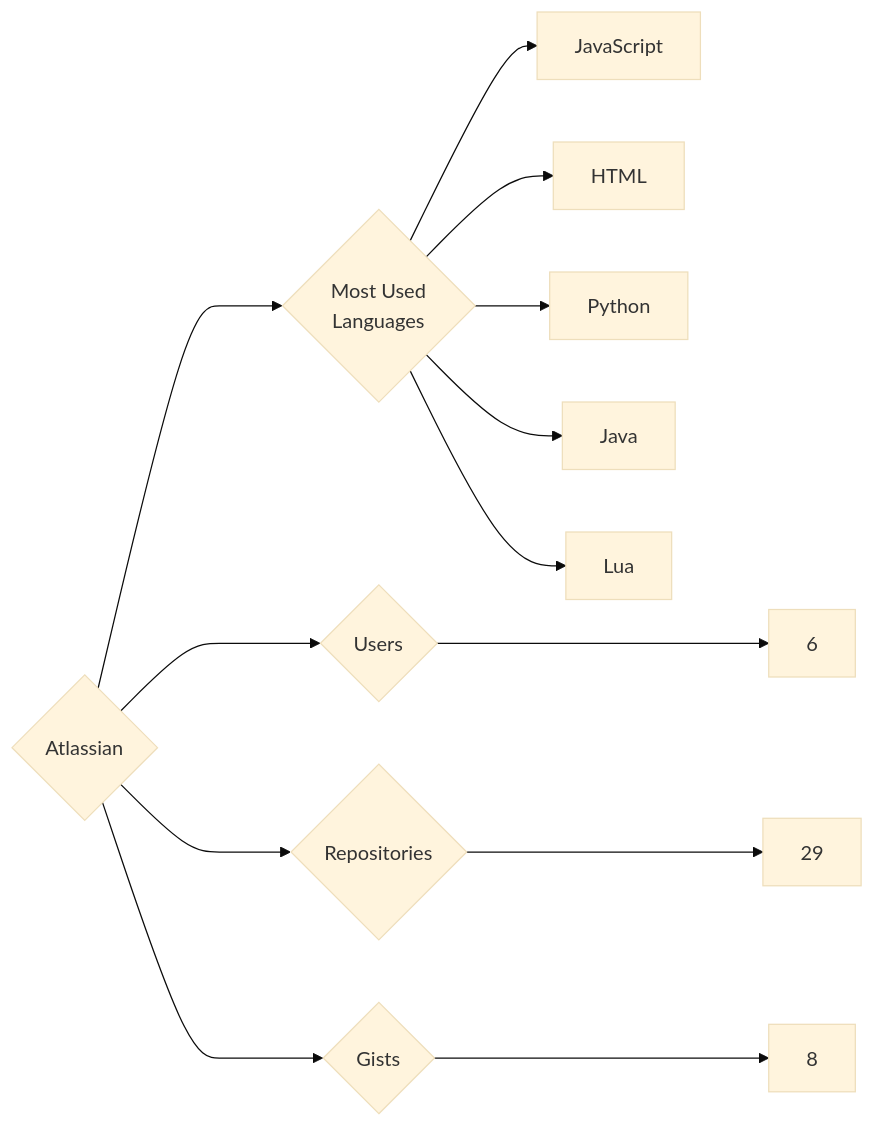
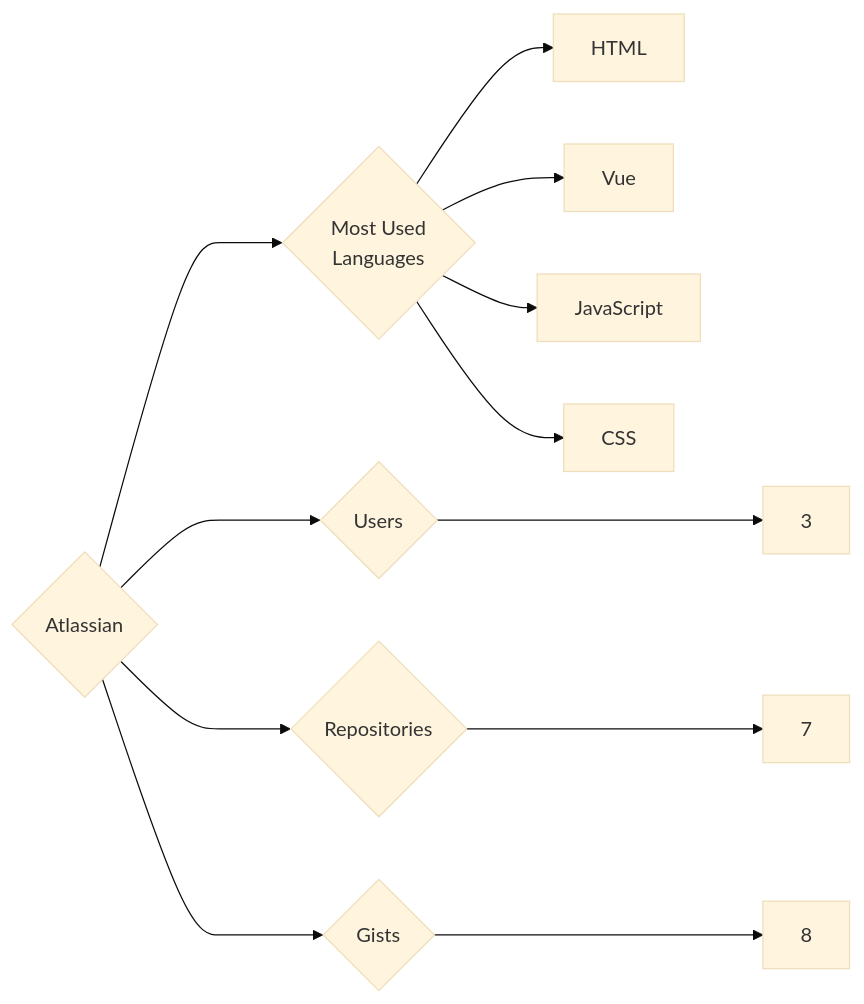
The diagram in targets/Atlassian/README.md (trickest/insiders), drawn with Mermaid (base theme) before and after one commit. The commit also changed 724 other files, not shown here.

````diff
--- a/targets/Atlassian/README.md
+++ b/targets/Atlassian/README.md
@@ -3,13 +3,12 @@
 ```mermaid
 graph LR
 COMPANY_NAME{Atlassian}
-COMPANY_NAME ---> U{Users} ---> UN[6]
-COMPANY_NAME ---> R{Repositories} ---> RN[29]
+COMPANY_NAME ---> U{Users} ---> UN[3]
+COMPANY_NAME ---> R{Repositories} ---> RN[7]
 COMPANY_NAME ---> G{Gists} ---> GN[8]
 COMPANY_NAME ---> ML{Most Used<br>Languages}
+ML --> HTML[HTML]
+ML --> Vue[Vue]
 ML --> JavaScript[JavaScript]
-ML --> HTML[HTML]
-ML --> Python[Python]
-ML --> Java[Java]
-ML --> Lua[Lua]
+ML --> CSS[CSS]
 ```
````
